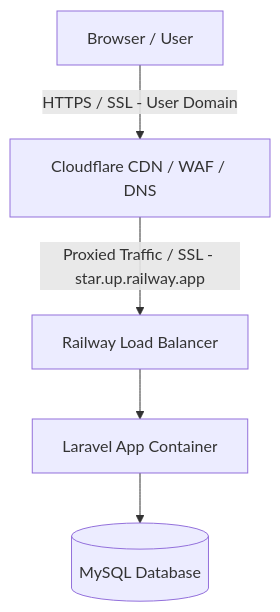
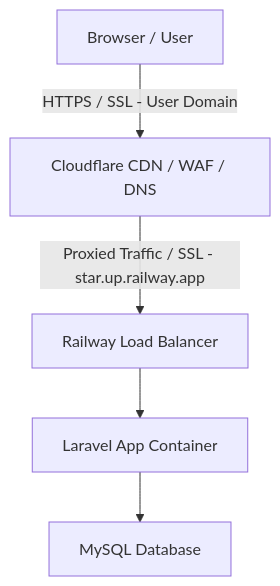
One commit to mrlvuruk-stack/library changed the second of 2 diagrams in README.md. Above: the diagram before and after it, drawn with Mermaid. The commit also changed other lines of this file, not shown here.

Commit message:
Standardize Mermaid ERD casing, column types, and double-quote flowchart labels for maximum compatibility

````diff
--- a/README.md
+++ b/README.md
@@ -207,13 +207,13 @@
 ```mermaid
 graph TD
-    Client[Browser / User]
-    CF[Cloudflare CDN / WAF / DNS]
-    RLB[Railway Load Balancer]
-    App[Laravel App Container]
-    MySQL[(MySQL Database)]
+    Client["Browser / User"]
+    CF["Cloudflare CDN / WAF / DNS"]
+    RLB["Railway Load Balancer"]
+    App["Laravel App Container"]
+    MySQL["MySQL Database"]
 
-    Client -->|HTTPS / SSL - User Domain| CF
-    CF -->|Proxied Traffic / SSL - star.up.railway.app| RLB
+    Client -->|"HTTPS / SSL - User Domain"| CF
+    CF -->|"Proxied Traffic / SSL - star.up.railway.app"| RLB
     RLB --> App
     App --> MySQL
 ```
````
